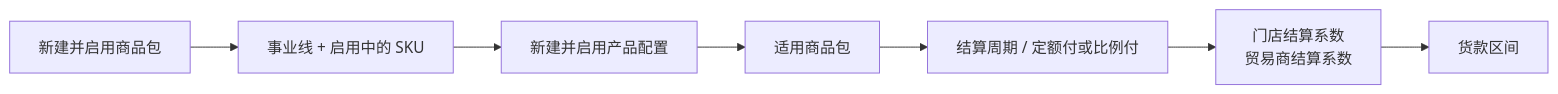
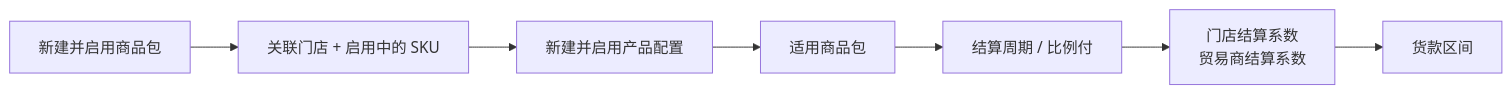
The third of 7 diagrams in RBT/docs/整体业务流程图.md (342-droid/LFerp), drawn with Mermaid before and after one commit. The commit also changed other lines of this file and 32 other files, not shown here.

````diff
--- a/RBT/docs/整体业务流程图.md
+++ b/RBT/docs/整体业务流程图.md
@@ -93,9 +90,9 @@
 ```mermaid
 flowchart LR
-  P0[新建并启用商品包] --> P1[事业线 + 启用中的 SKU]
+  P0[新建并启用商品包] --> P1[关联门店 + 启用中的 SKU]
   P1 --> F0[新建并启用产品配置]
   F0 --> F1[适用商品包]
-  F1 --> F2[结算周期 / 定额付或比例付]
+  F1 --> F2[结算周期 / 比例付]
   F2 --> F3[门店结算系数<br/>贸易商结算系数]
   F3 --> F4[货款区间]
 ```
````
